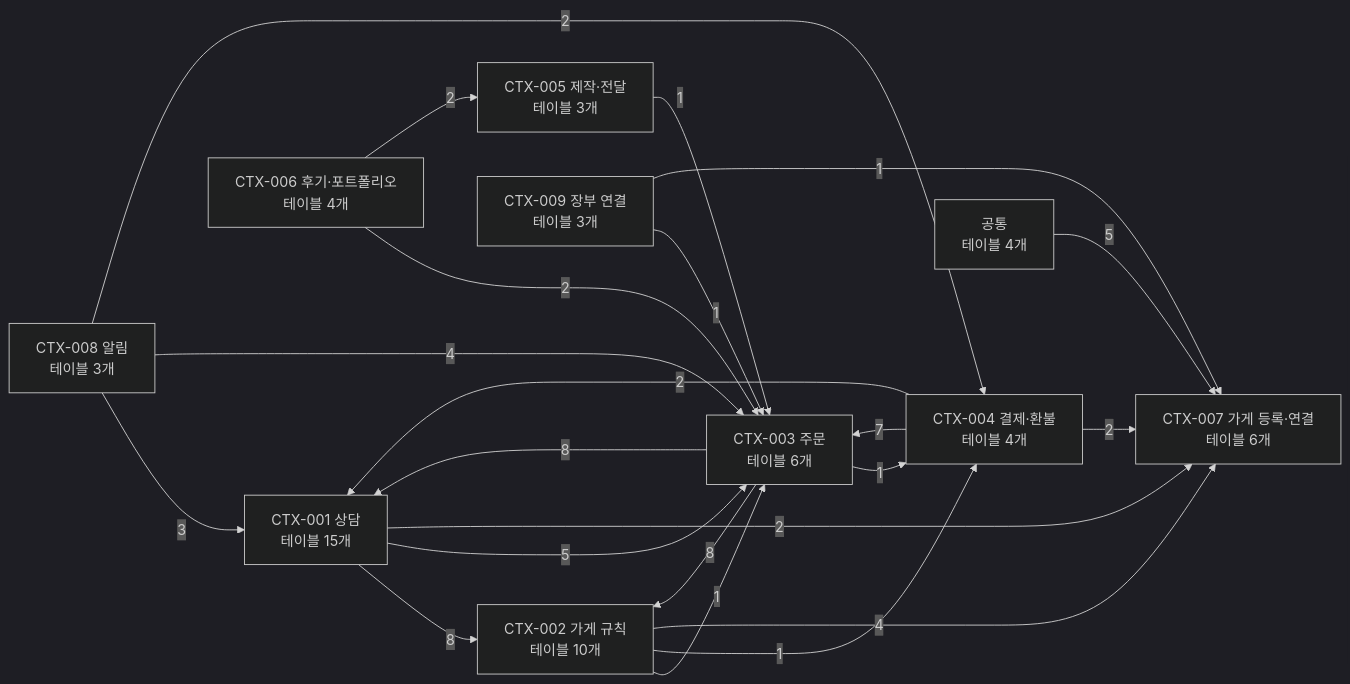
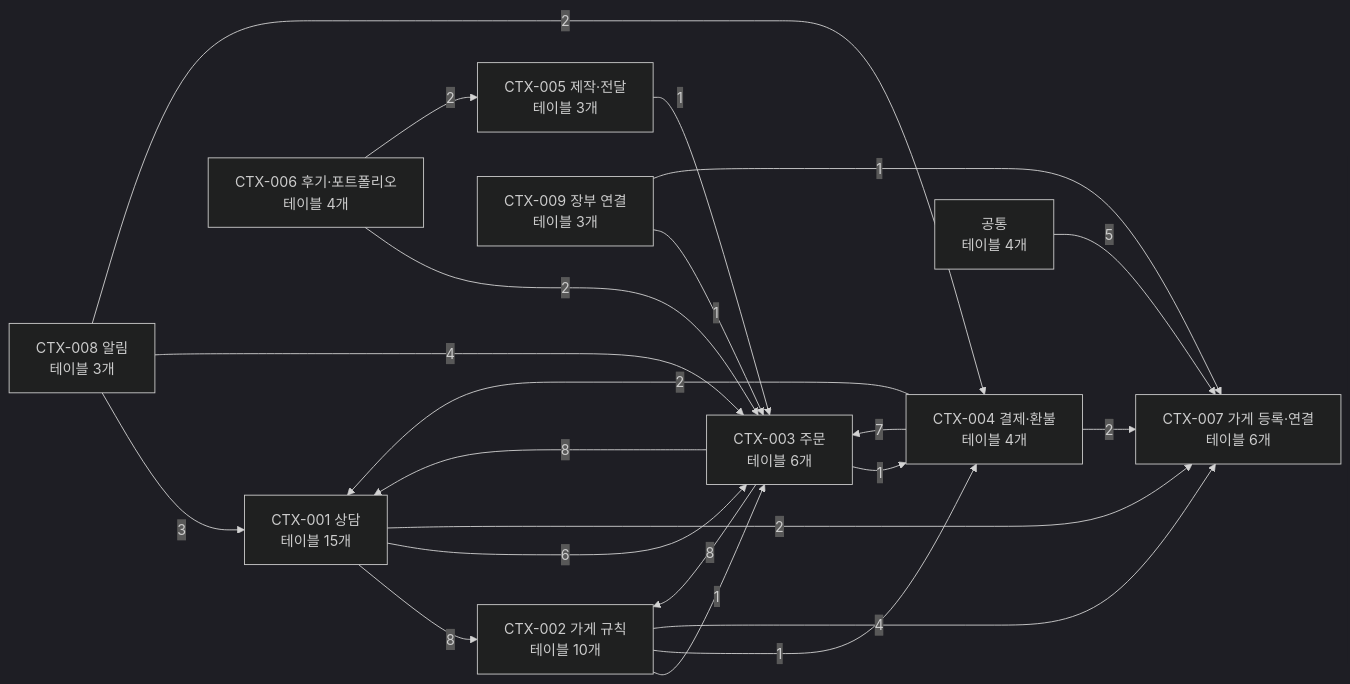
The first of 11 diagrams in docs/05-erd/README.md (kodonghui/siljang.ai), drawn with Mermaid (dark theme) before and after one commit. The commit also changed other lines of this file and 49 other files, not shown here.

````diff
--- a/docs/05-erd/README.md
+++ b/docs/05-erd/README.md
@@ -138,34 +138,34 @@
 ```mermaid
 flowchart LR
   C0["CTX-001 상담<br/>테이블 15개"]
   C1["CTX-002 가게 규칙<br/>테이블 10개"]
   C2["CTX-003 주문<br/>테이블 6개"]
   C3["CTX-004 결제·환불<br/>테이블 4개"]
   C4["CTX-005 제작·전달<br/>테이블 3개"]
   C5["CTX-006 후기·포트폴리오<br/>테이블 4개"]
   C6["CTX-007 가게 등록·연결<br/>테이블 6개"]
   C7["CTX-008 알림<br/>테이블 3개"]
   C8["CTX-009 장부 연결<br/>테이블 3개"]
   C9["공통<br/>테이블 4개"]
   C0 -->|8| C1
-  C0 -->|5| C2
+  C0 -->|6| C2
   C0 -->|2| C6
   C1 -->|1| C2
   C1 -->|1| C3
   C1 -->|4| C6
   C2 -->|8| C0
   C2 -->|8| C1
   C2 -->|1| C3
   C3 -->|2| C0
   C3 -->|7| C2
   C3 -->|2| C6
   C4 -->|1| C2
   C5 -->|2| C2
   C5 -->|2| C4
   C7 -->|3| C0
   C7 -->|4| C2
   C7 -->|2| C3
   C8 -->|1| C2
   C8 -->|1| C6
   C9 -->|5| C6
 ```
````
